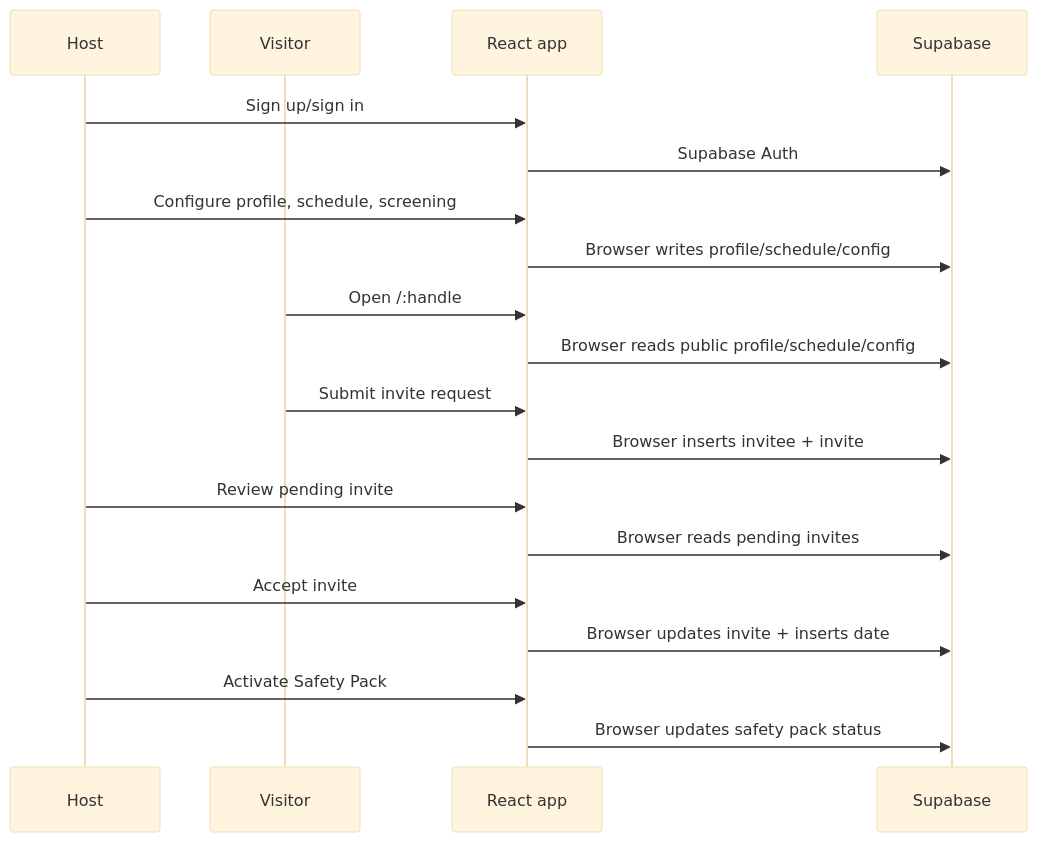
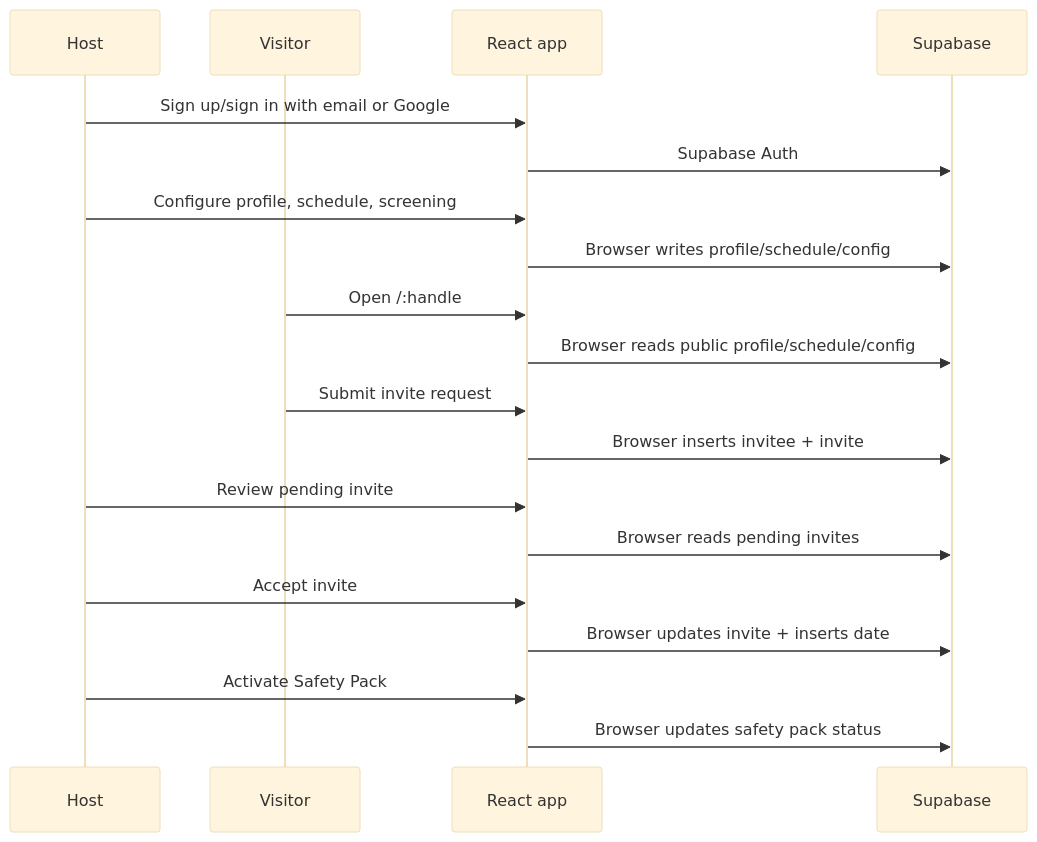
One commit to ihvou/uinviteme changed the second of 5 diagrams in docs/architecture.md. Above: the diagram before and after it, drawn with Mermaid (base theme). The commit also changed other lines of this file and 7 other files, not shown here.

Commit message:
Add Google sign in for hosts

````diff
--- a/docs/architecture.md
+++ b/docs/architecture.md
@@ -39,22 +39,22 @@
 ```mermaid
 sequenceDiagram
   participant H as Host
   participant V as Visitor
   participant UI as React app
   participant SB as Supabase
 
-  H->>UI: Sign up/sign in
+  H->>UI: Sign up/sign in with email or Google
   UI->>SB: Supabase Auth
   H->>UI: Configure profile, schedule, screening
   UI->>SB: Browser writes profile/schedule/config
   V->>UI: Open /:handle
   UI->>SB: Browser reads public profile/schedule/config
   V->>UI: Submit invite request
   UI->>SB: Browser inserts invitee + invite
   H->>UI: Review pending invite
   UI->>SB: Browser reads pending invites
   H->>UI: Accept invite
   UI->>SB: Browser updates invite + inserts date
   H->>UI: Activate Safety Pack
   UI->>SB: Browser updates safety pack status
 ```
````
